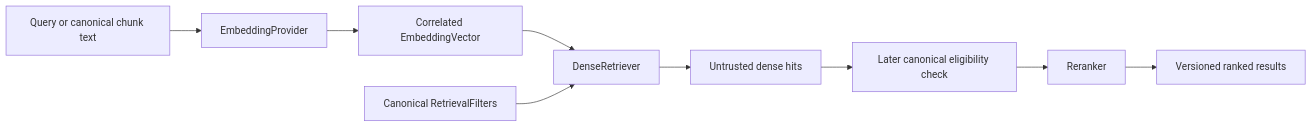
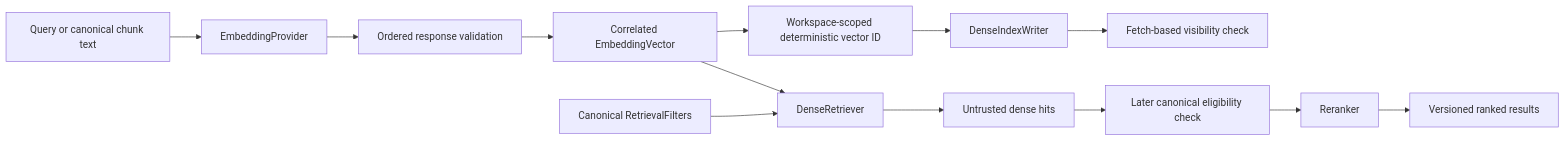
The fourth of 4 diagrams in backend/src/investment_research/modules/search/README.md (rnkraus/investment-research), drawn with Mermaid before and after one commit. The commit also changed other lines of this file and 7 other files, not shown here.

````diff
--- a/backend/src/investment_research/modules/search/README.md
+++ b/backend/src/investment_research/modules/search/README.md
@@ -92,11 +94,15 @@
 ```mermaid
 flowchart LR
     TEXT[Query or canonical chunk text] --> EMBED[EmbeddingProvider]
-    EMBED --> VECTOR[Correlated EmbeddingVector]
+    EMBED --> VALIDATE[Ordered response validation]
+    VALIDATE --> VECTOR[Correlated EmbeddingVector]
+    VECTOR --> ID[Workspace-scoped deterministic vector ID]
+    ID --> WRITER[DenseIndexWriter]
+    WRITER --> VISIBLE[Fetch-based visibility check]
     VECTOR --> DENSE[DenseRetriever]
     FILTERS[Canonical RetrievalFilters] --> DENSE
     DENSE --> HITS[Untrusted dense hits]
     HITS --> ELIGIBLE[Later canonical eligibility check]
     ELIGIBLE --> RERANK[Reranker]
     RERANK --> ORDERED[Versioned ranked results]
 ```
````
